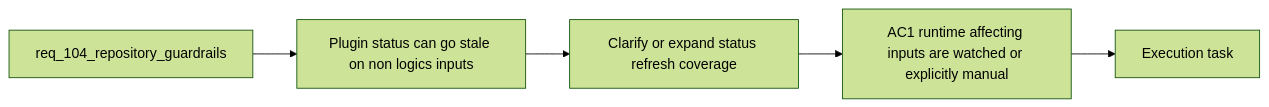
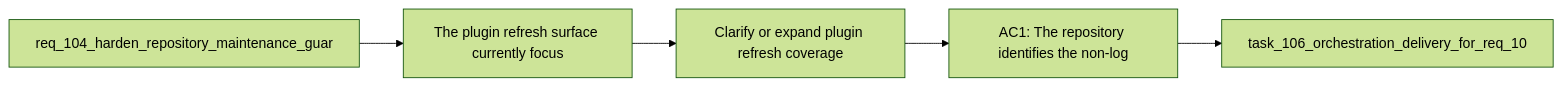
Before and after one commit to AlexAgo83/logics-manager: the diagram in logics/backlog/item_187_clarify_or_expand_plugin_refresh_coverage_for_non_logics_runtime_inputs.md, drawn with Mermaid (forest theme). The commit also changed 481 other files, not shown here.

````diff
--- a/logics/backlog/item_187_clarify_or_expand_plugin_refresh_coverage_for_non_logics_runtime_inputs.md
+++ b/logics/backlog/item_187_clarify_or_expand_plugin_refresh_coverage_for_non_logics_runtime_inputs.md
@@ -28,9 +28,9 @@
 ```mermaid
 %% logics-kind: backlog
 %% logics-signature: backlog|clarify-or-expand-plugin-refresh-coverag|req-104-harden-repository-maintenance-gu|the-plugin-refresh-surface-currently-foc|ac1-the-repository-identifies-the-non-lo
 flowchart LR
-    Request[req_104_repository_guardrails] --> Problem[Plugin status can go stale on non logics inputs]
-    Problem --> Scope[Clarify or expand status refresh coverage]
-    Scope --> Acceptance[AC1 runtime affecting inputs are watched or explicitly manual]
-    Acceptance --> Tasks[Execution task]
+    Request[req_104_harden_repository_maintenance_guar] --> Problem[The plugin refresh surface currently focus]
+    Problem --> Scope[Clarify or expand plugin refresh coverage]
+    Scope --> Acceptance[AC1: The repository identifies the non-log]
+    Acceptance --> Tasks[task_106_orchestration_delivery_for_req_10]
 ```
````
